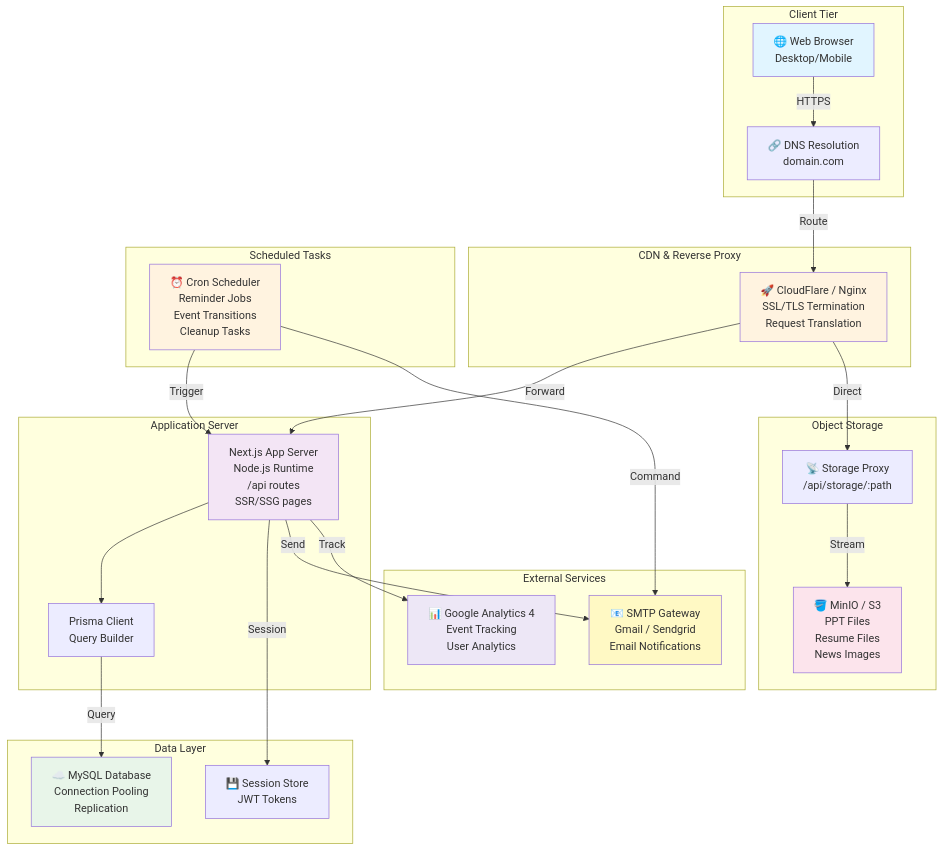
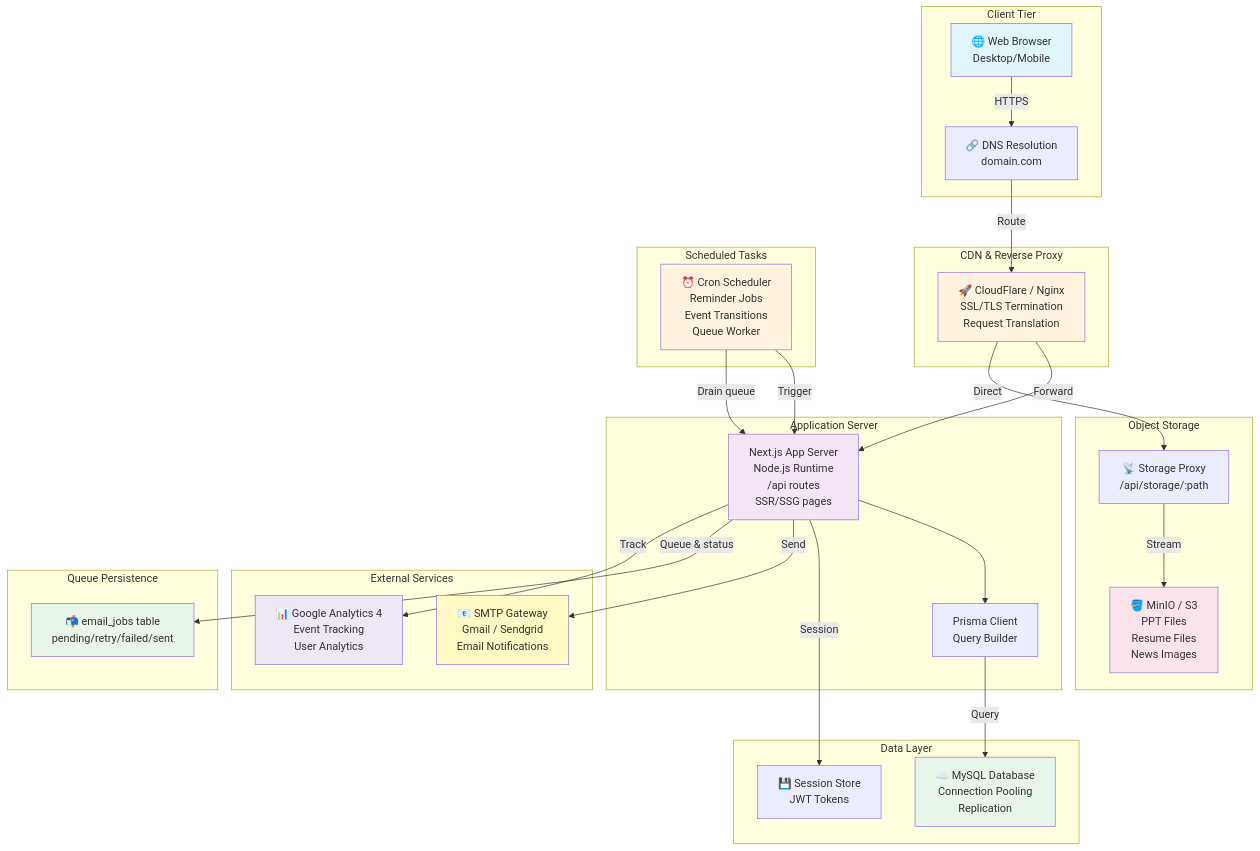
Before and after one commit to Newer1107/CoE-Main: diagram 25 of 36 in README.md, drawn with Mermaid. The commit also changed other lines of this file and 12 other files, not shown here.

First line of the commit message:
feat(email-delivery): implement email job queue system

````diff
--- a/README.md
+++ b/README.md
@@ -1275,57 +1290,63 @@
 ```mermaid
 graph TB
   subgraph "Client Tier"
     BROWSER["🌐 Web Browser<br/>Desktop/Mobile"]
     DNS["🔗 DNS Resolution<br/>domain.com"]
   end
 
   subgraph "CDN & Reverse Proxy"
     CF["🚀 CloudFlare / Nginx<br/>SSL/TLS Termination<br/>Request Translation"]
   end
 
   subgraph "Application Server"
     NEXT["Next.js App Server<br/>Node.js Runtime<br/>/api routes<br/>SSR/SSG pages"]
     PC["Prisma Client<br/>Query Builder"]
   end
 
   subgraph "Data Layer"
     DB["☁️ MySQL Database<br/>Connection Pooling<br/>Replication"]
     CACHE["💾 Session Store<br/>JWT Tokens"]
   end
 
   subgraph "Object Storage"
     S3["🪣 MinIO / S3<br/>PPT Files<br/>Resume Files<br/>News Images"]
     PROXY["📡 Storage Proxy<br/>/api/storage/:path"]
   end
 
   subgraph "External Services"
     SMTP["📧 SMTP Gateway<br/>Gmail / Sendgrid<br/>Email Notifications"]
     GA["📊 Google Analytics 4<br/>Event Tracking<br/>User Analytics"]
   end
 
   subgraph "Scheduled Tasks"
-    CRON["⏰ Cron Scheduler<br/>Reminder Jobs<br/>Event Transitions<br/>Cleanup Tasks"]
+    CRON["⏰ Cron Scheduler<br/>Reminder Jobs<br/>Event Transitions<br/>Queue Worker"]
+  end
+
+  subgraph "Queue Persistence"
+    EMAIL_JOBS["📬 email_jobs table<br/>pending/retry/failed/sent"]
   end
 
   BROWSER -->|HTTPS| DNS
   DNS -->|Route| CF
   CF -->|Forward| NEXT
   NEXT --> PC
   PC -->|Query| DB
   NEXT -->|Session| CACHE
   CF -->|Direct| PROXY
   PROXY -->|Stream| S3
   NEXT -->|Send| SMTP
+  NEXT -->|Queue & status| EMAIL_JOBS
   NEXT -->|Track| GA
   CRON -->|Trigger| NEXT
-  CRON -->|Command| SMTP
+  CRON -->|Drain queue| NEXT
 
   style BROWSER fill:#e1f5ff
   style CF fill:#fff3e0
   style NEXT fill:#f3e5f5
   style DB fill:#e8f5e9
   style S3 fill:#fce4ec
   style SMTP fill:#fff9c4
   style GA fill:#ede7f6
   style CRON fill:#fff3e0
+  style EMAIL_JOBS fill:#e8f5e9
 ```
````
